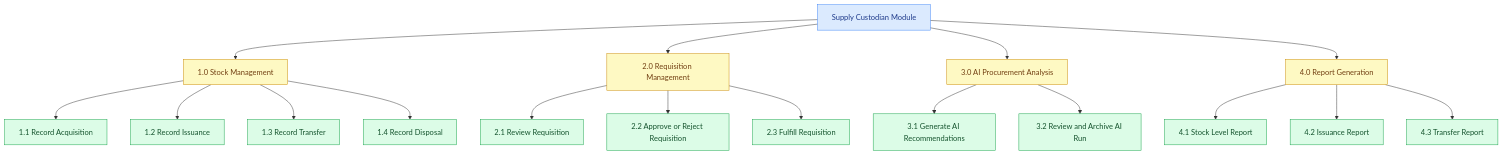
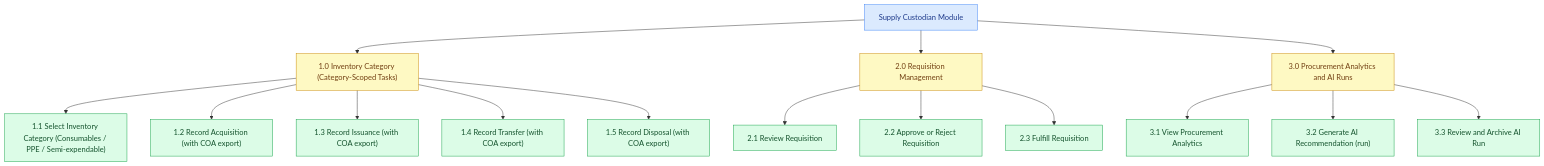
Before and after one commit to Daaanj05/owwa_inventory: the second of 4 diagrams in docs/HIPO_USER_BASED.md, drawn with Mermaid. The commit also changed other lines of this file and 569 other files, not shown here.

````diff
--- a/docs/HIPO_USER_BASED.md
+++ b/docs/HIPO_USER_BASED.md
@@ -9,29 +58,26 @@
 ```mermaid
 flowchart TD
     A["Supply Custodian Module"]:::root
 
-    A --> B["1.0 Stock Management"]:::mod
+    A --> Z["1.0 Inventory Category (Category-Scoped Tasks)"]:::mod
     A --> C["2.0 Requisition Management"]:::mod
-    A --> D["3.0 AI Procurement Analysis"]:::mod
-    A --> E["4.0 Report Generation"]:::mod
+    A --> D["3.0 Procurement Analytics and AI Runs"]:::mod
 
-    B --> B1["1.1 Record Acquisition"]:::sub
-    B --> B2["1.2 Record Issuance"]:::sub
-    B --> B3["1.3 Record Transfer"]:::sub
-    B --> B4["1.4 Record Disposal"]:::sub
+    Z --> Z1["1.1 Select Inventory Category (Consumables / PPE / Semi-expendable)"]:::sub
+    Z --> Z2["1.2 Record Acquisition (with COA export)"]:::sub
+    Z --> Z3["1.3 Record Issuance (with COA export)"]:::sub
+    Z --> Z4["1.4 Record Transfer (with COA export)"]:::sub
+    Z --> Z5["1.5 Record Disposal (with COA export)"]:::sub
 
     C --> C1["2.1 Review Requisition"]:::sub
     C --> C2["2.2 Approve or Reject Requisition"]:::sub
     C --> C3["2.3 Fulfill Requisition"]:::sub
 
-    D --> D1["3.1 Generate AI Recommendations"]:::sub
-    D --> D2["3.2 Review and Archive AI Run"]:::sub
-
-    E --> E1["4.1 Stock Level Report"]:::sub
-    E --> E2["4.2 Issuance Report"]:::sub
-    E --> E3["4.3 Transfer Report"]:::sub
+    D --> D1["3.1 View Procurement Analytics"]:::sub
+    D --> D2["3.2 Generate AI Recommendation (run)"]:::sub
+    D --> D3["3.3 Review and Archive AI Run"]:::sub
 
     classDef root fill:#dbeafe,color:#1e3a8a,stroke:#3b82f6
     classDef mod fill:#fef9c3,color:#713f12,stroke:#ca8a04
     classDef sub fill:#dcfce7,color:#14532d,stroke:#16a34a
 ```
````
